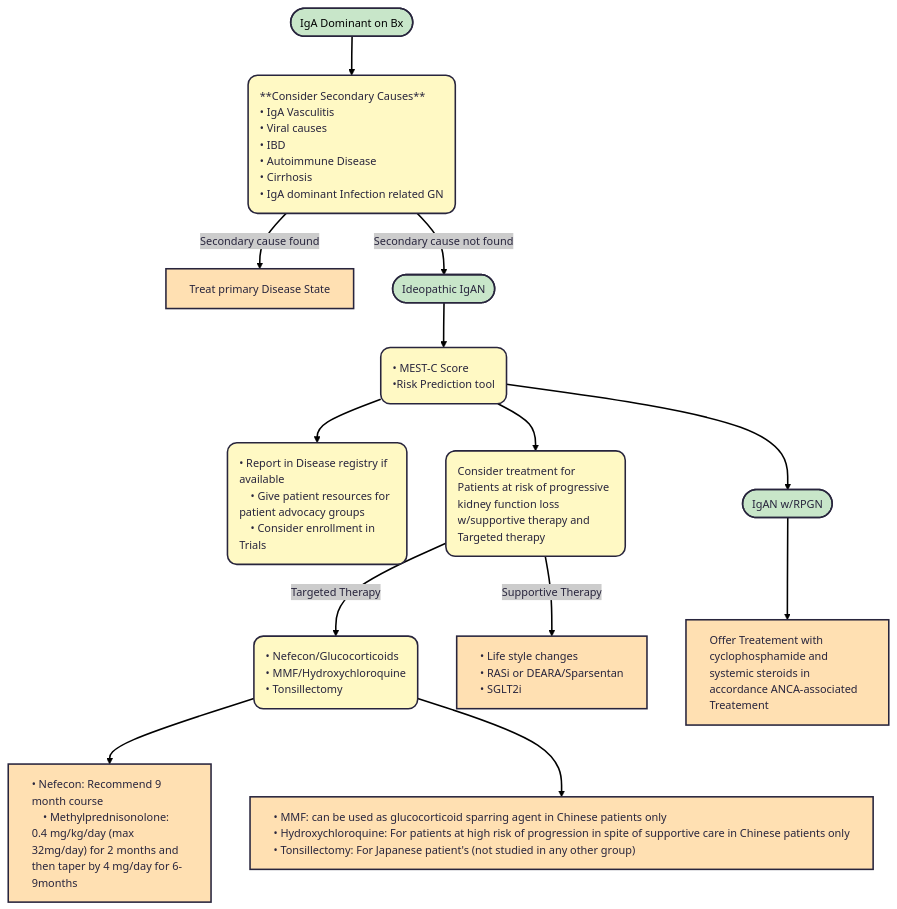
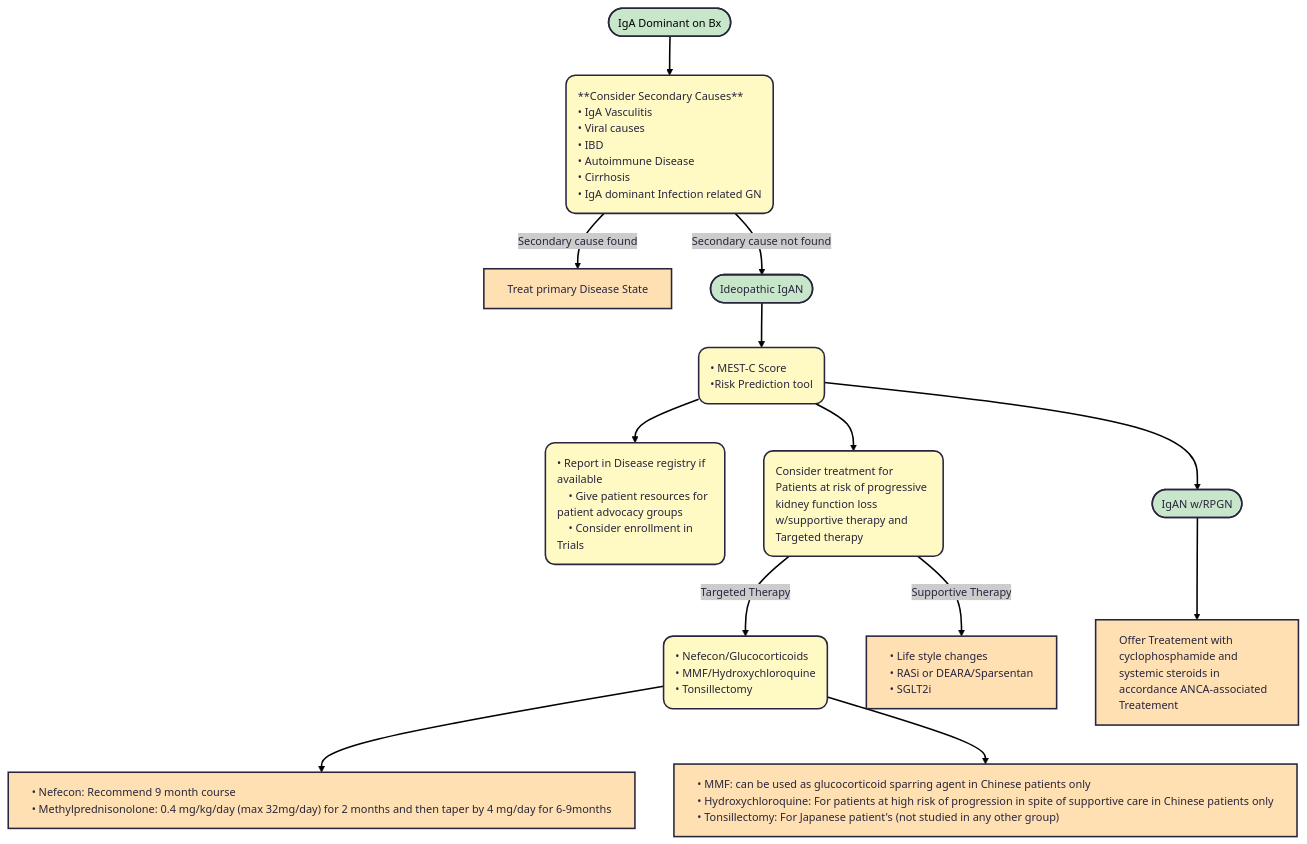
Before and after one commit to TTUNEPH2025/GN: the diagram in docs/IGAN.md, drawn with Mermaid.

````diff
--- a/docs/IGAN.md
+++ b/docs/IGAN.md
@@ -69,50 +69,50 @@
 ```mermaid
 ---
 config:
   theme: redux
 ---
 flowchart TD
     A(["IgA Dominant on Bx"]) --> n1["**Consider Secondary Causes**
     • IgA Vasculitis
     • Viral causes
     • IBD
     • Autoimmune Disease
     • Cirrhosis 
     • IgA dominant Infection related GN"]
     n1 -- Secondary cause found --> n2["Treat primary Disease State"]
     n1 -- Secondary cause not found --> n3(["Ideopathic IgAN"])
     n3 --> n4["• MEST-C Score
     •Risk Prediction tool"]
     n4 --> n5["• Report in Disease registry if available
     • Give patient resources for patient advocacy groups
     • Consider enrollment in Trials"] & n6["Consider treatment for Patients at risk of progressive kidney function loss w/supportive therapy and Targeted therapy"] & n9(["IgAN w/RPGN"])
     n6 -- Targeted Therapy --> n7["• Nefecon/Glucocorticoids
     • MMF/Hydroxychloroquine
     • Tonsillectomy"]
     n6 -- Supportive Therapy --> n8["• Life style changes
     • RASi or DEARA/Sparsentan
     • SGLT2i"]
     n9 --> n10["Offer Treatement with cyclophosphamide and systemic steroids in accordance ANCA-associated Treatement"]
     n7 --> n11["• Nefecon: Recommend 9 month course
     • Methylprednisonolone: 0.4 mg/kg/day (max 32mg/day) for 2 months and then taper by 4 mg/day for 6-9months"] & n12@{ label: "• MMF: can be used as glucocorticoid sparring agent in Chinese patients only\n    • Hydroxychloroquine: For patients at high risk of progression in spite of supportive care in Chinese patients only\n    • Tonsillectomy: For Japanese patient's (not studied in any other group)" }
     n1@{ shape: rounded}
     n4@{ shape: rounded}
     n5@{ shape: rounded}
     n6@{ shape: rounded}
     n7@{ shape: rounded}
     n8@{ shape: rect}
     n12@{ shape: rect}
     style A fill:#C8E6C9,color:#000000
     style n1 fill:#FFF9C4,text-align:left,white-space:nowrap
     style n2 fill:#FFE0B2,text-align:left
     style n3 fill:#C8E6C9,text-align:left
     style n4 fill:#FFF9C4,text-align:left
     style n5 fill:#FFF9C4,text-align:left
     style n6 fill:#FFF9C4,text-align:left
     style n9 fill:#C8E6C9,text-align:left
     style n7 fill:#FFF9C4,text-align:left,white-space:nowrap
     style n8 fill:#FFE0B2,text-align:left,white-space:nowrap
     style n10 fill:#FFE0B2,text-align:left
-    style n11 fill:#FFE0B2,text-align:left
+    style n11 fill:#FFE0B2,text-align:left,white-space:nowrap
     style n12 fill:#FFE0B2,text-align:left,white-space:nowrap
 ```
````
